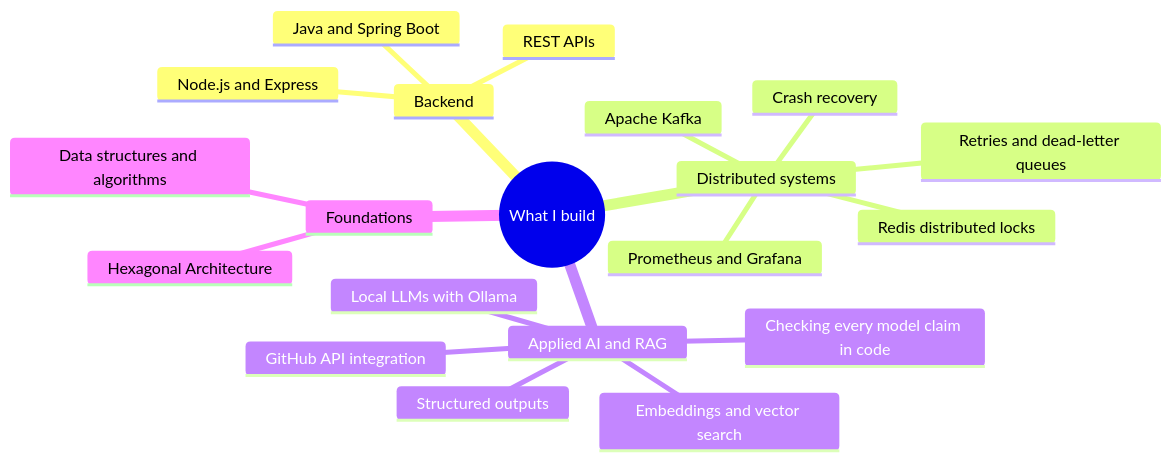
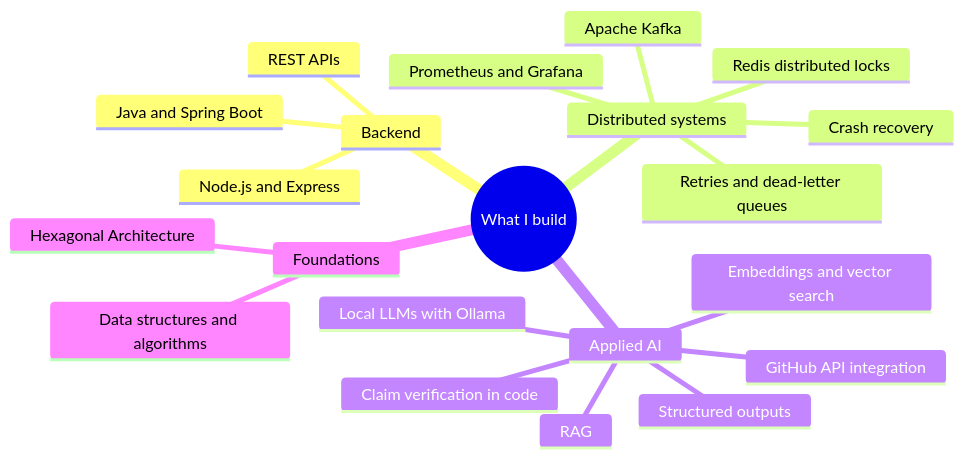
Before and after one commit to PubuduGunasekara/PubuduGunasekara.github.io: the diagram in README.md, drawn with Mermaid. The commit also changed other lines of this file and 10 other files, not shown here.

````diff
--- a/README.md
+++ b/README.md
@@ -130,23 +130,24 @@
 ```mermaid
 mindmap
   root((What I build))
     Backend
       Java and Spring Boot
       REST APIs
       Node.js and Express
     Distributed systems
       Apache Kafka
       Redis distributed locks
       Retries and dead-letter queues
       Crash recovery
       Prometheus and Grafana
-    Applied AI and RAG
+    Applied AI
+      RAG
+      Local LLMs with Ollama
+      Claim verification in code
       Embeddings and vector search
-      Local LLMs with Ollama
-      Checking every model claim in code
       Structured outputs
       GitHub API integration
     Foundations
       Data structures and algorithms
       Hexagonal Architecture
 ```
````
